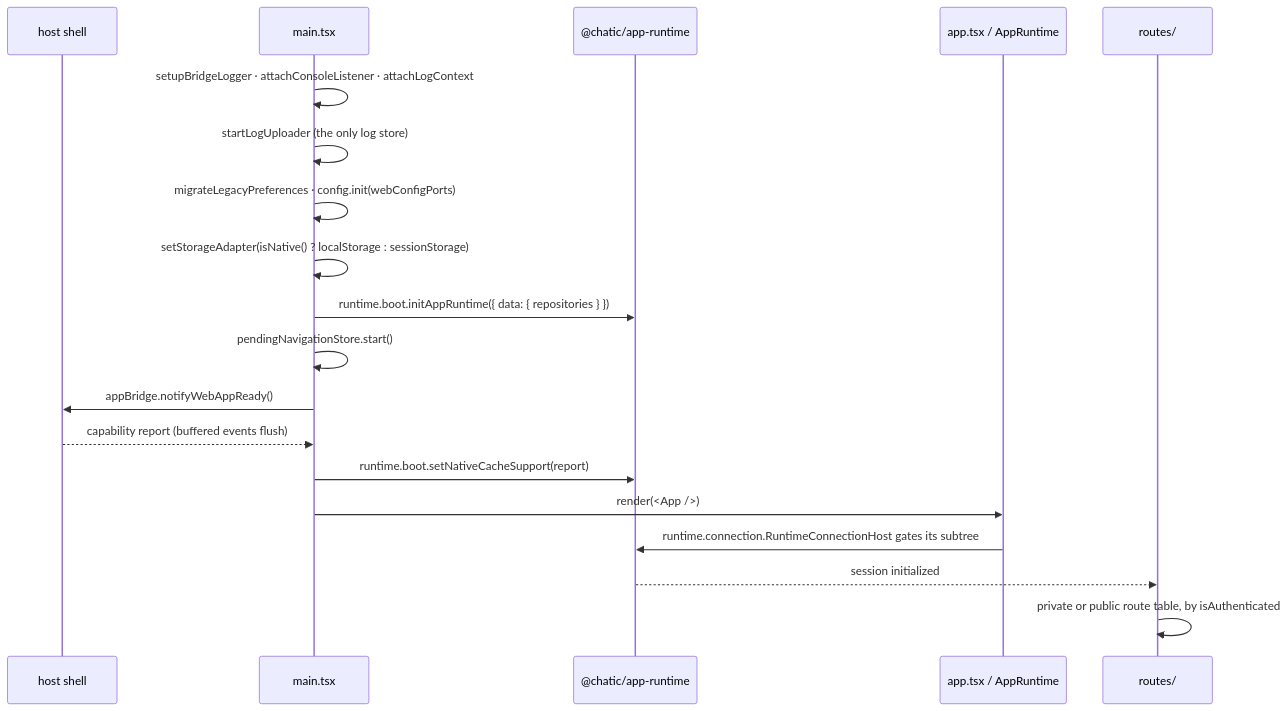
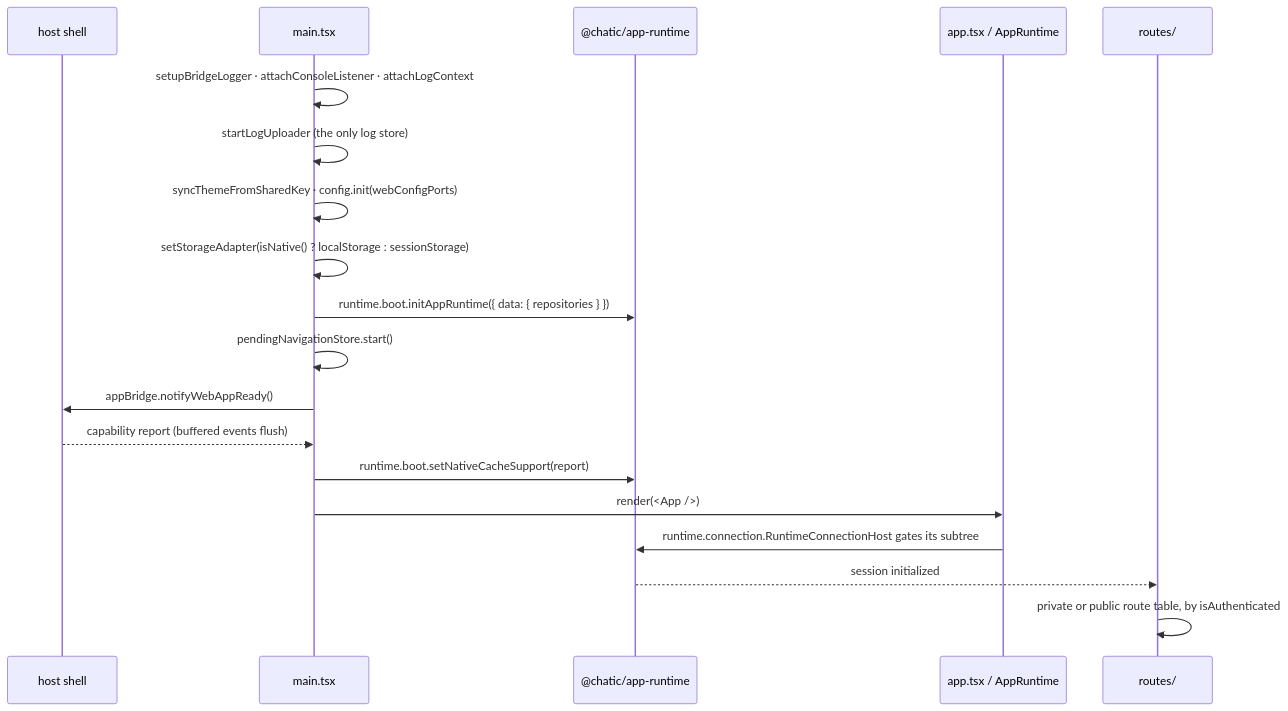
The second of 2 diagrams in apps/web/README.md (lemoncloud-io/dou-app), drawn with Mermaid before and after one commit. The commit also changed other lines of this file and 153 other files, not shown here.

````diff
--- a/apps/web/README.md
+++ b/apps/web/README.md
@@ -145,22 +145,22 @@
 ```mermaid
 sequenceDiagram
     participant Shell as host shell
     participant Main as main.tsx
     participant RT as @chatic/app-runtime
     participant App as app.tsx / AppRuntime
     participant Router as routes/
 
     Main->>Main: setupBridgeLogger · attachConsoleListener · attachLogContext
     Main->>Main: startLogUploader (the only log store)
-    Main->>Main: migrateLegacyPreferences · config.init(webConfigPorts)
+    Main->>Main: syncThemeFromSharedKey · config.init(webConfigPorts)
     Main->>Main: setStorageAdapter(isNative() ? localStorage : sessionStorage)
     Main->>RT: runtime.boot.initAppRuntime({ data: { repositories } })
     Main->>Main: pendingNavigationStore.start()
     Main->>Shell: appBridge.notifyWebAppReady()
     Shell-->>Main: capability report (buffered events flush)
     Main->>RT: runtime.boot.setNativeCacheSupport(report)
     Main->>App: render(<App />)
     App->>RT: runtime.connection.RuntimeConnectionHost gates its subtree
     RT-->>Router: session initialized
     Router->>Router: private or public route table, by isAuthenticated
 ```
````
